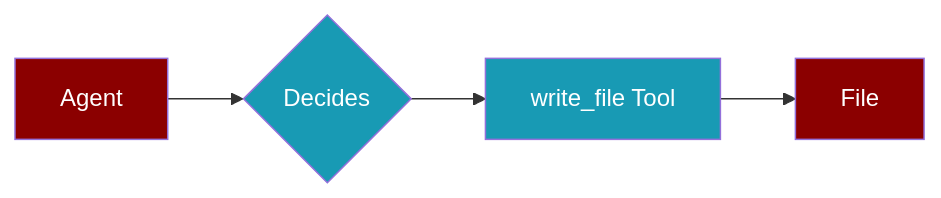
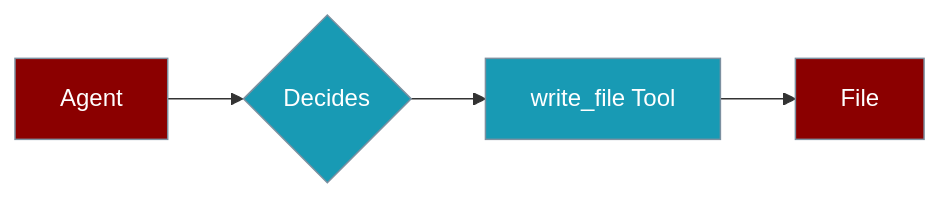
One commit to MervinPraison/PraisonAIDocs changed the third of 5 diagrams in docs/features/save-output.mdx. Above: the diagram before and after it, drawn with Mermaid. The commit also changed other lines of this file and 19 other files, not shown here.

First line of the commit message:
docs: fix remaining style→classDef in secondary diagrams (PR #1384 follow-up)

````diff
--- a/docs/features/save-output.mdx
+++ b/docs/features/save-output.mdx
@@ -206,11 +209,11 @@
 ```mermaid
 flowchart LR
     A[Agent] --> D{Decides}
     D --> W[write_file Tool]
     W --> F[File]
     
-    style A fill:#8B0000,color:#fff
-    style D fill:#189AB4,color:#fff
-    style W fill:#189AB4,color:#fff
-    style F fill:#8B0000,color:#fff
+    classDef agent fill:#8B0000,stroke:#7C90A0,color:#fff
+    classDef tool fill:#189AB4,stroke:#7C90A0,color:#fff
+    class A,F agent
+    class D,W tool
 ```
````
